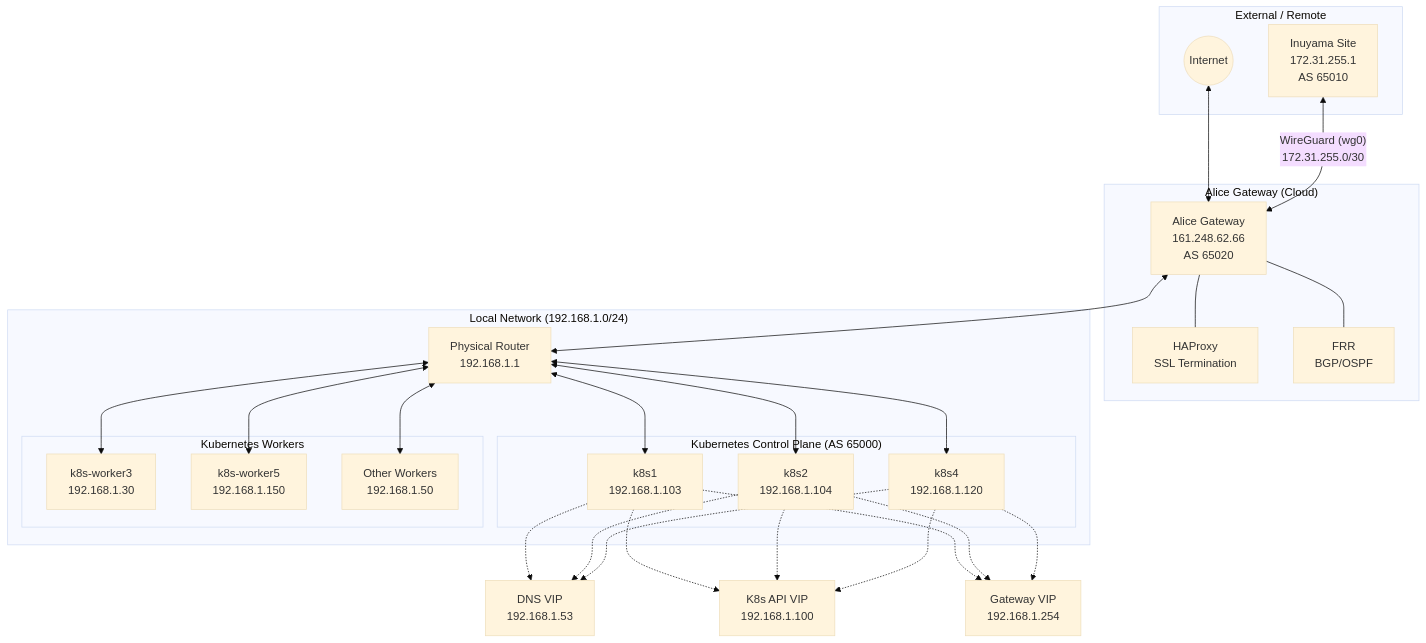
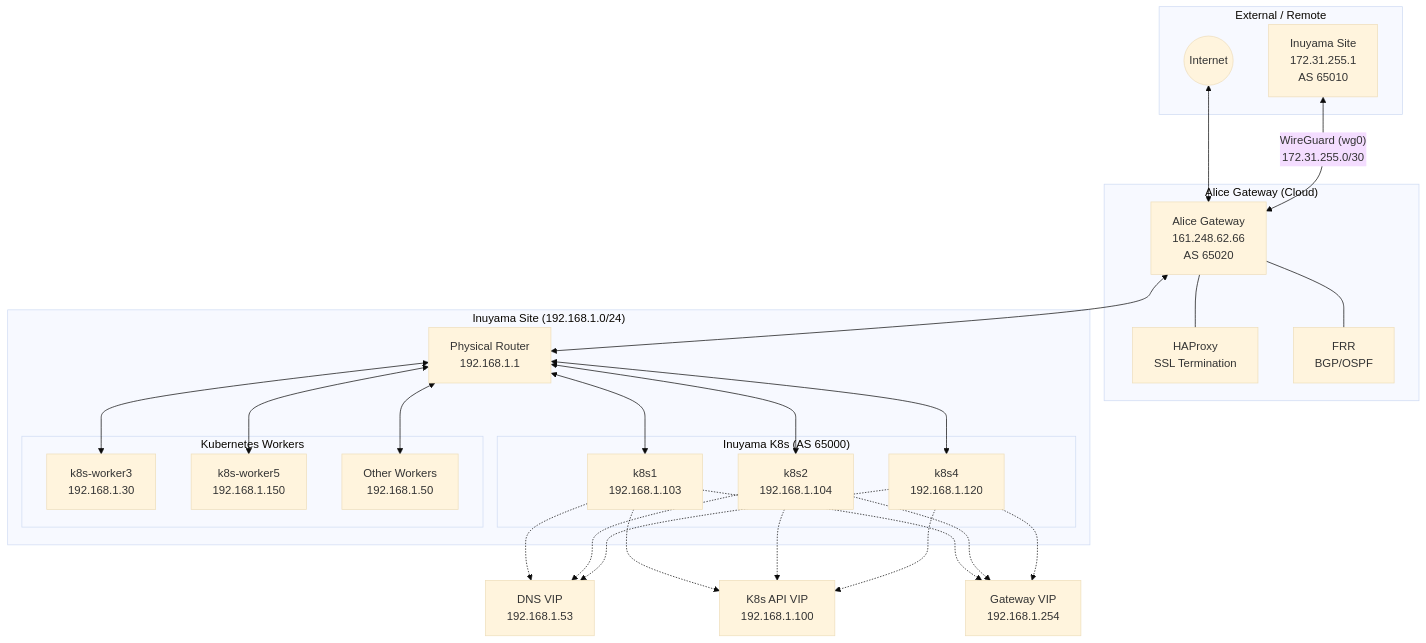
One commit to kigawa-net/infra changed the first of 2 diagrams in docs/network.md. Above: the diagram before and after it, drawn with Mermaid (base theme). The commit also changed other lines of this file and 5 other files, not shown here.

````diff
--- a/docs/network.md
+++ b/docs/network.md
@@ -70,55 +70,55 @@
 ```mermaid
 graph TB
     subgraph "External / Remote"
         Inuyama[Inuyama Site<br/>172.31.255.1<br/>AS 65010]
         Internet((Internet))
     end
 
     subgraph "Alice Gateway (Cloud)"
         Alice[Alice Gateway<br/>161.248.62.66<br/>AS 65020]
         HAProxy[HAProxy<br/>SSL Termination]
         FRR[FRR<br/>BGP/OSPF]
         Alice --- HAProxy
         Alice --- FRR
     end
 
-    subgraph "Local Network (192.168.1.0/24)"
-        subgraph "Kubernetes Control Plane (AS 65000)"
+    subgraph "Inuyama Site (192.168.1.0/24)"
+        subgraph "Inuyama K8s (AS 65000)"
             k8s1[k8s1<br/>192.168.1.103]
             k8s2[k8s2<br/>192.168.1.104]
             k8s4[k8s4<br/>192.168.1.120]
         end
 
         subgraph "Kubernetes Workers"
             worker3[k8s-worker3<br/>192.168.1.30]
             worker5[k8s-worker5<br/>192.168.1.150]
             worker_other[Other Workers<br/>192.168.1.50]
         end
 
         Router[Physical Router<br/>192.168.1.1]
     end
 
     %% Connections
     Internet <--> Alice
     Inuyama <-- "WireGuard (wg0)<br/>172.31.255.0/30" --> Alice
     Alice <--> Router
     Router <--> k8s1
     Router <--> k8s2
     Router <--> k8s4
     Router <--> worker3
     Router <--> worker5
     Router <--> worker_other
 
     %% VIPs
     k8s1 -.-> VIP_DNS[DNS VIP<br/>192.168.1.53]
     k8s2 -.-> VIP_DNS
     k8s4 -.-> VIP_DNS
 
     k8s1 -.-> VIP_K8S[K8s API VIP<br/>192.168.1.100]
     k8s2 -.-> VIP_K8S
     k8s4 -.-> VIP_K8S
 
     k8s1 -.-> VIP_GW[Gateway VIP<br/>192.168.1.254]
     k8s2 -.-> VIP_GW
     k8s4 -.-> VIP_GW
 ```
````
